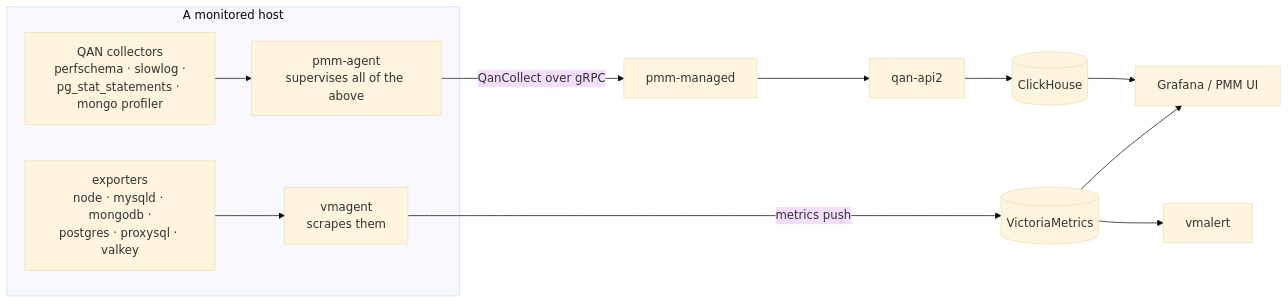
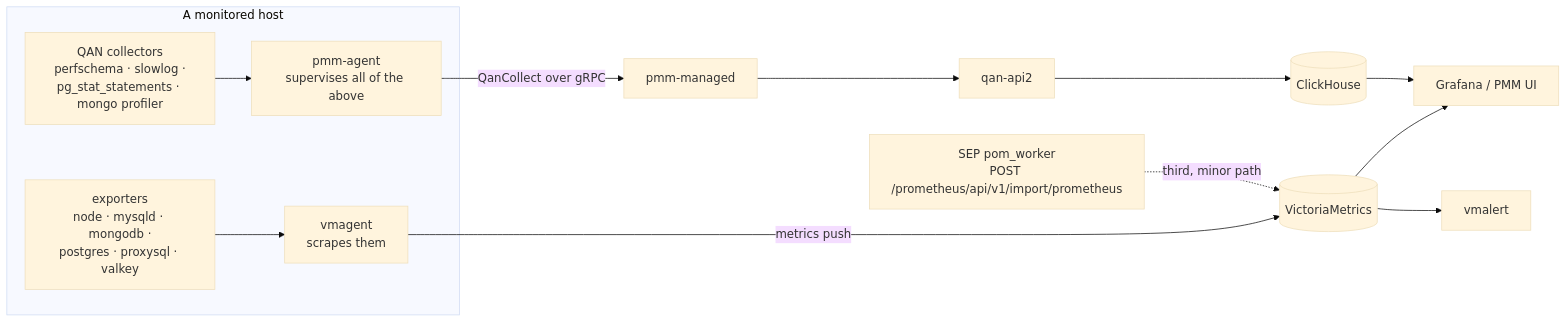
The fifth of 11 diagrams in docs/topology.md (Percona-Lab/pom-workspace), drawn with Mermaid (base theme) before and after one commit. The commit also changed other lines of this file and 5 other files, not shown here.

````diff
--- a/docs/topology.md
+++ b/docs/topology.md
@@ -212,18 +396,19 @@
 ```mermaid
 flowchart LR
     subgraph H["A monitored host"]
         EX["exporters<br/>node · mysqld · mongodb ·<br/>postgres · proxysql · valkey"]
         VMAG["vmagent<br/>scrapes them"]
         QA["QAN collectors<br/>perfschema · slowlog ·<br/>pg_stat_statements · mongo profiler"]
         PA["pmm-agent<br/>supervises all of the above"]
     end
 
     EX --> VMAG
     VMAG -->|"metrics push"| VM[("VictoriaMetrics")]
     QA --> PA
     PA -->|"QanCollect over gRPC"| MG["pmm-managed"]
     MG --> QAN["qan-api2"] --> CH[("ClickHouse")]
     VM --> GRAF["Grafana / PMM UI"]
     CH --> GRAF
     VM --> VMA["vmalert"]
+    SEPX["SEP pom_worker<br/>POST /prometheus/api/v1/import/prometheus"] -.->|"third, minor path"| VM
 ```
````
